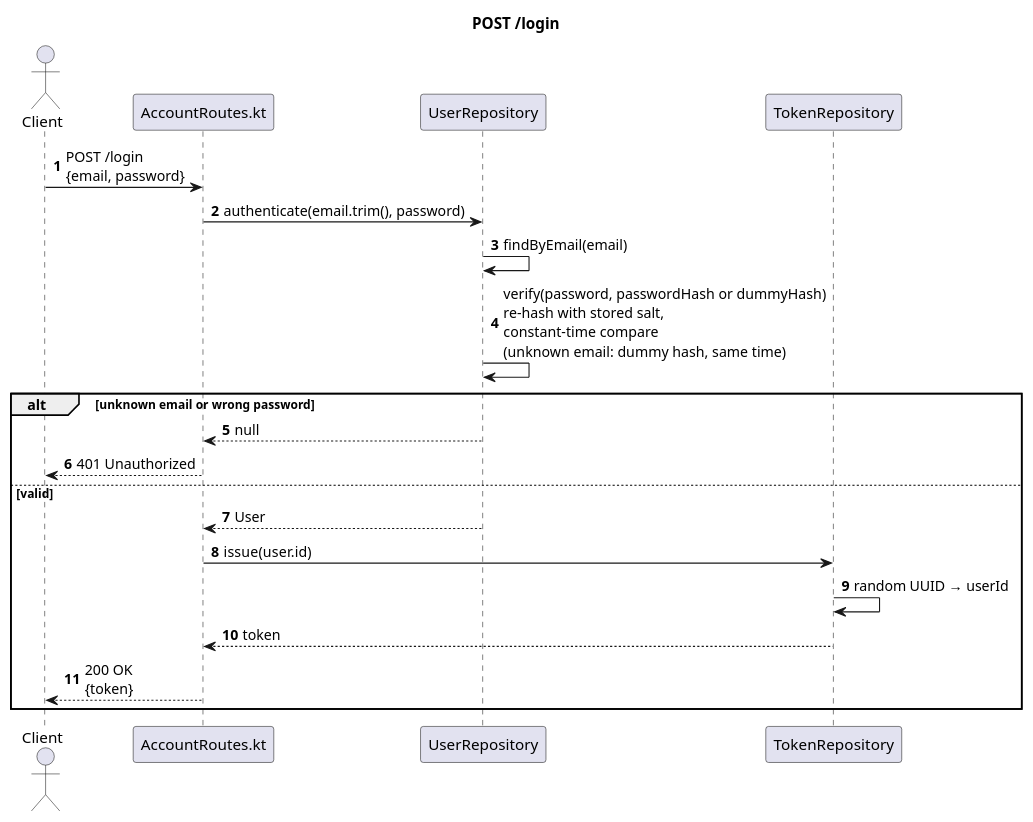
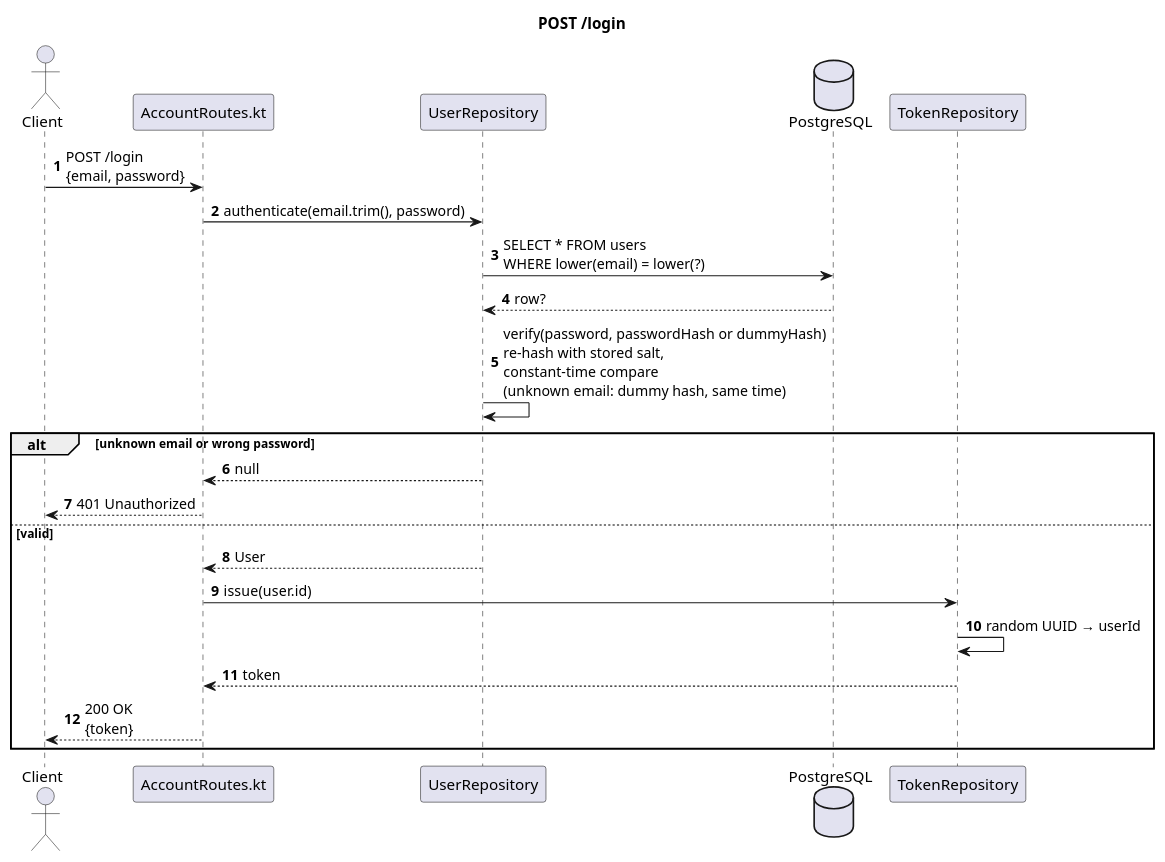
One commit to Rent-a-car-38291/rent-a-car changed the diagram in docs/diagrams/sequence-login.puml. Above: the diagram before and after it, drawn with PlantUML. The commit also changed 28 other files, not shown here.

First line of the commit message:
feat: store accounts in PostgreSQL (#56)

```diff
--- a/docs/diagrams/sequence-login.puml
+++ b/docs/diagrams/sequence-login.puml
@@ -1,26 +1,28 @@
 @startuml
 title POST /login
 autonumber
 
 actor Client
 participant "AccountRoutes.kt" as Route
 participant UserRepository
+database PostgreSQL
 participant TokenRepository
 
 Client -> Route : POST /login\n{email, password}
 Route -> UserRepository : authenticate(email.trim(), password)
-UserRepository -> UserRepository : findByEmail(email)
+UserRepository -> PostgreSQL : SELECT * FROM users\nWHERE lower(email) = lower(?)
+PostgreSQL --> UserRepository : row?
 UserRepository -> UserRepository : verify(password, passwordHash or dummyHash)\nre-hash with stored salt,\nconstant-time compare\n(unknown email: dummy hash, same time)
 
 alt unknown email or wrong password
   UserRepository --> Route : null
   Route --> Client : 401 Unauthorized
 else valid
   UserRepository --> Route : User
   Route -> TokenRepository : issue(user.id)
   TokenRepository -> TokenRepository : random UUID → userId
   TokenRepository --> Route : token
   Route --> Client : 200 OK\n{token}
 end
 
 @enduml
```
